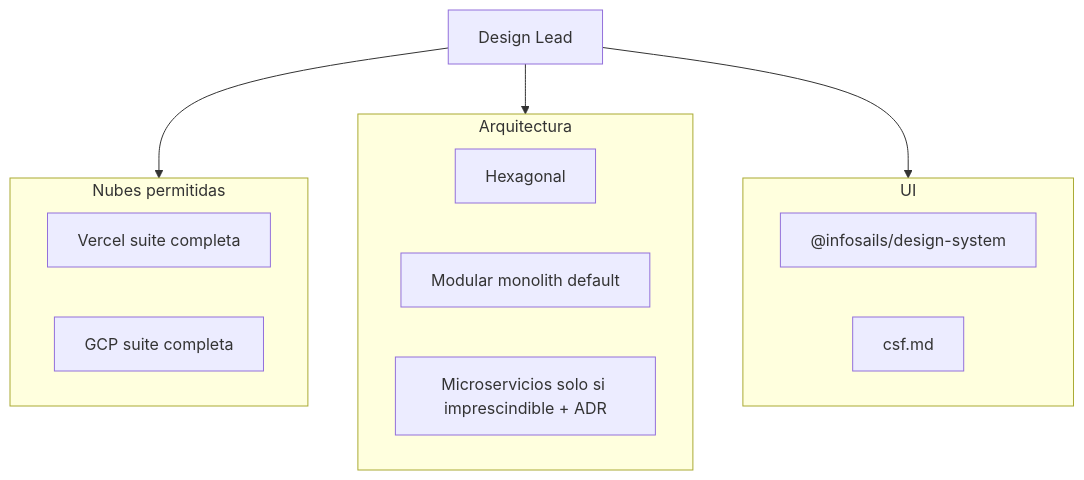
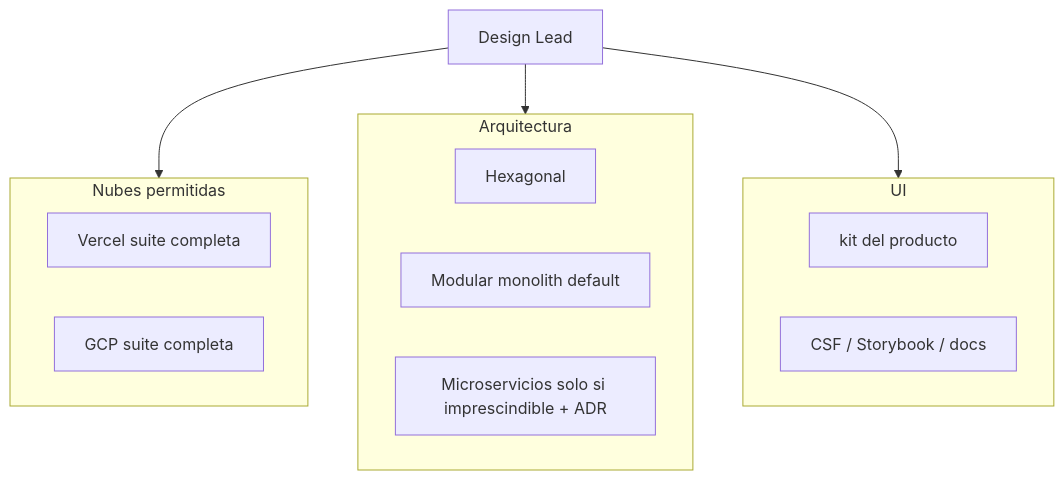
Diagram 13 of 15 in README.md (infosails/infosails-harness), drawn with Mermaid before and after one commit. The commit also changed other lines of this file and 49 other files, not shown here.

````diff
--- a/README.md
+++ b/README.md
@@ -407,19 +621,19 @@
 ```mermaid
 flowchart TB
   subgraph clouds["Nubes permitidas"]
     V[Vercel suite completa]
     G[GCP suite completa]
   end
   subgraph arch["Arquitectura"]
     H[Hexagonal]
     M[Modular monolith default]
     MS[Microservicios solo si imprescindible + ADR]
   end
   subgraph ui["UI"]
-    DS["@infosails/design-system"]
-    CSF[csf.md]
+    DS["kit del producto"]
+    Spec["CSF / Storybook / docs"]
   end
   Decision[Design Lead] --> clouds
   Decision --> arch
   Decision --> ui
 ```
````
